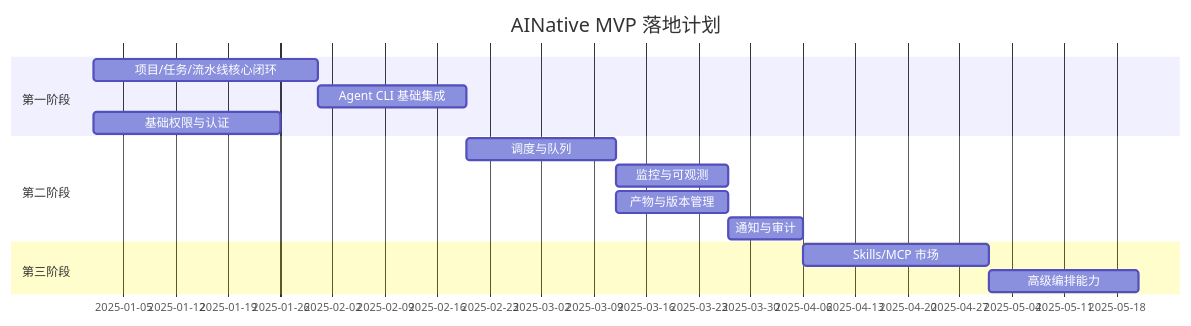
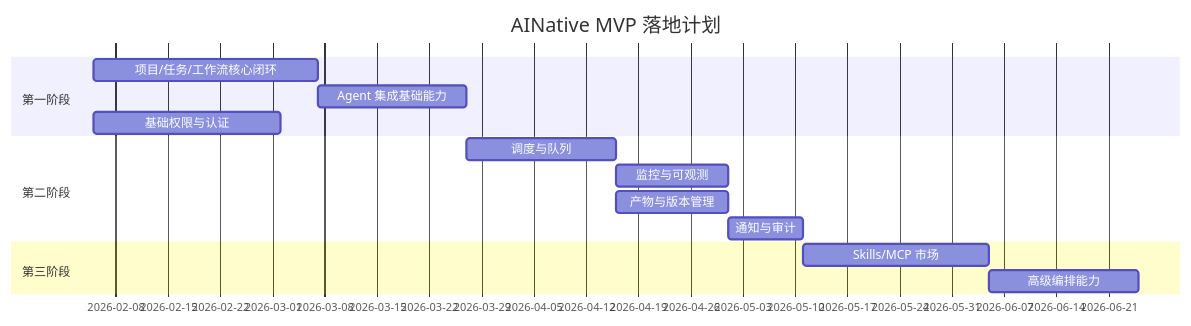
The second of 13 diagrams in docs/ainative-requirement-design.md (Whisper24X/personal), drawn with Mermaid before and after one commit. The commit also changed other lines of this file and 12 other files, not shown here.

````diff
--- a/docs/ainative-requirement-design.md
+++ b/docs/ainative-requirement-design.md
@@ -97,17 +114,17 @@
 ```mermaid
 gantt
     title AINative MVP 落地计划
     dateFormat  YYYY-MM-DD
     section 第一阶段
-    项目/任务/流水线核心闭环    :a1, 2025-01-01, 30d
-    Agent CLI 基础集成          :a2, after a1, 20d
-    基础权限与认证              :a3, 2025-01-01, 25d
+    项目/任务/工作流核心闭环    :a1, 2026-02-05, 30d
+    Agent 集成基础能力          :a2, after a1, 20d
+    基础权限与认证              :a3, 2026-02-05, 25d
     section 第二阶段
     调度与队列                  :b1, after a2, 20d
     监控与可观测                :b2, after b1, 15d
     产物与版本管理              :b3, after b1, 15d
     通知与审计                  :b4, after b2, 10d
     section 第三阶段
     Skills/MCP 市场             :c1, after b4, 25d
     高级编排能力                :c2, after c1, 20d
 ```
````
